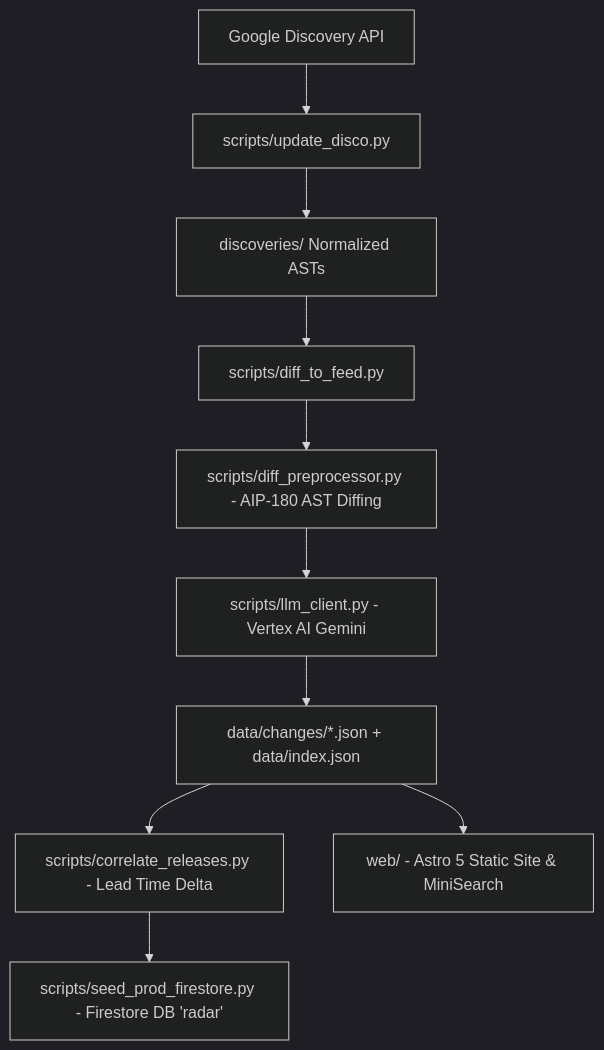
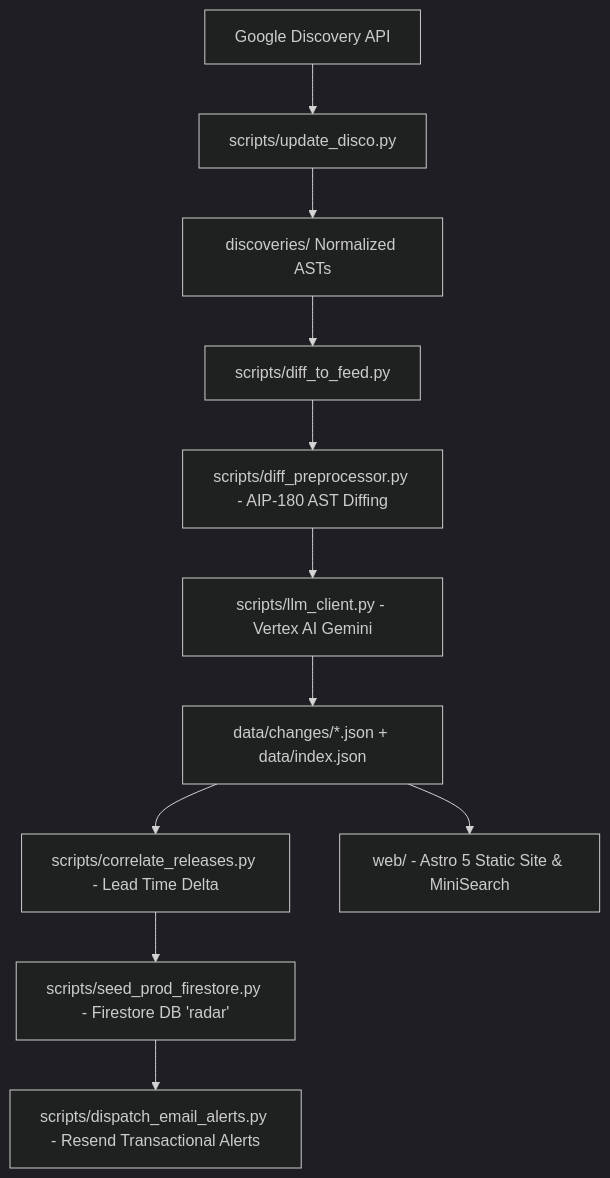
Before and after one commit to max-ostapenko/google-cloud-radar: the diagram in AGENTS.md, drawn with Mermaid (dark theme). The commit also changed other lines of this file and 4 other files, not shown here.

Commit message:
docs: update architecture, component guides, and add email dispatch test coverage

````diff
--- a/AGENTS.md
+++ b/AGENTS.md
@@ -9,12 +9,13 @@
 ```mermaid
 graph TD
     A[Google Discovery API] --> B[scripts/update_disco.py]
     B --> C[discoveries/ Normalized ASTs]
     C --> D[scripts/diff_to_feed.py]
     D --> E[scripts/diff_preprocessor.py - AIP-180 AST Diffing]
     E --> F[scripts/llm_client.py - Vertex AI Gemini]
     F --> G[data/changes/*.json + data/index.json]
     G --> H[scripts/correlate_releases.py - Lead Time Delta]
     H --> I[scripts/seed_prod_firestore.py - Firestore DB 'radar']
-    G --> J[web/ - Astro 5 Static Site & MiniSearch]
+    I --> J[scripts/dispatch_email_alerts.py - Resend Transactional Alerts]
+    G --> K[web/ - Astro 5 Static Site & MiniSearch]
 ```
````
